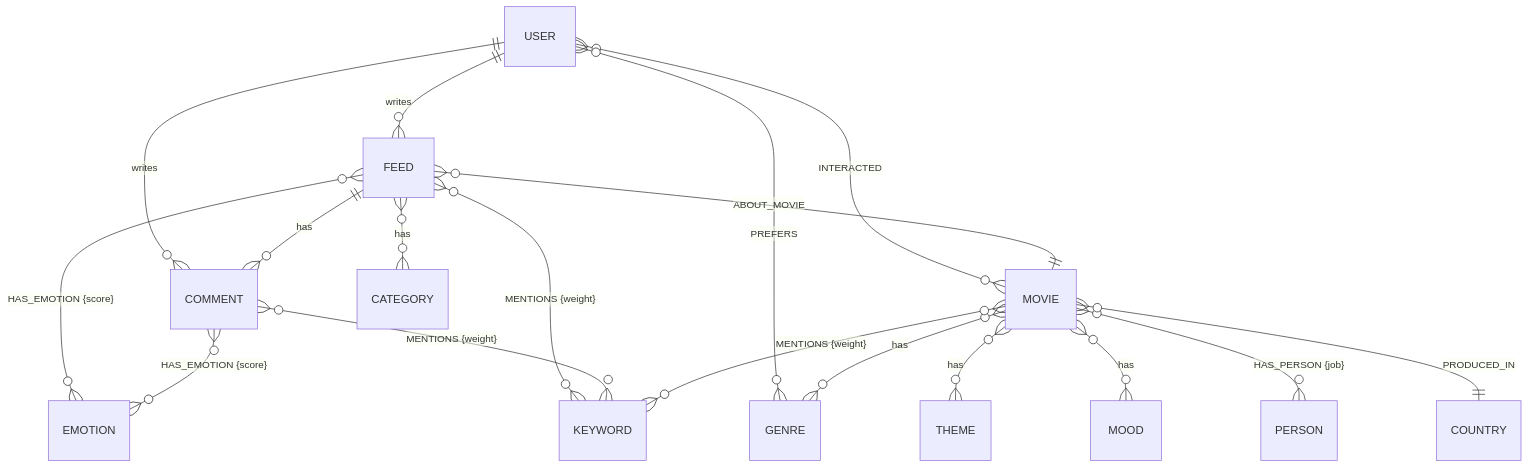
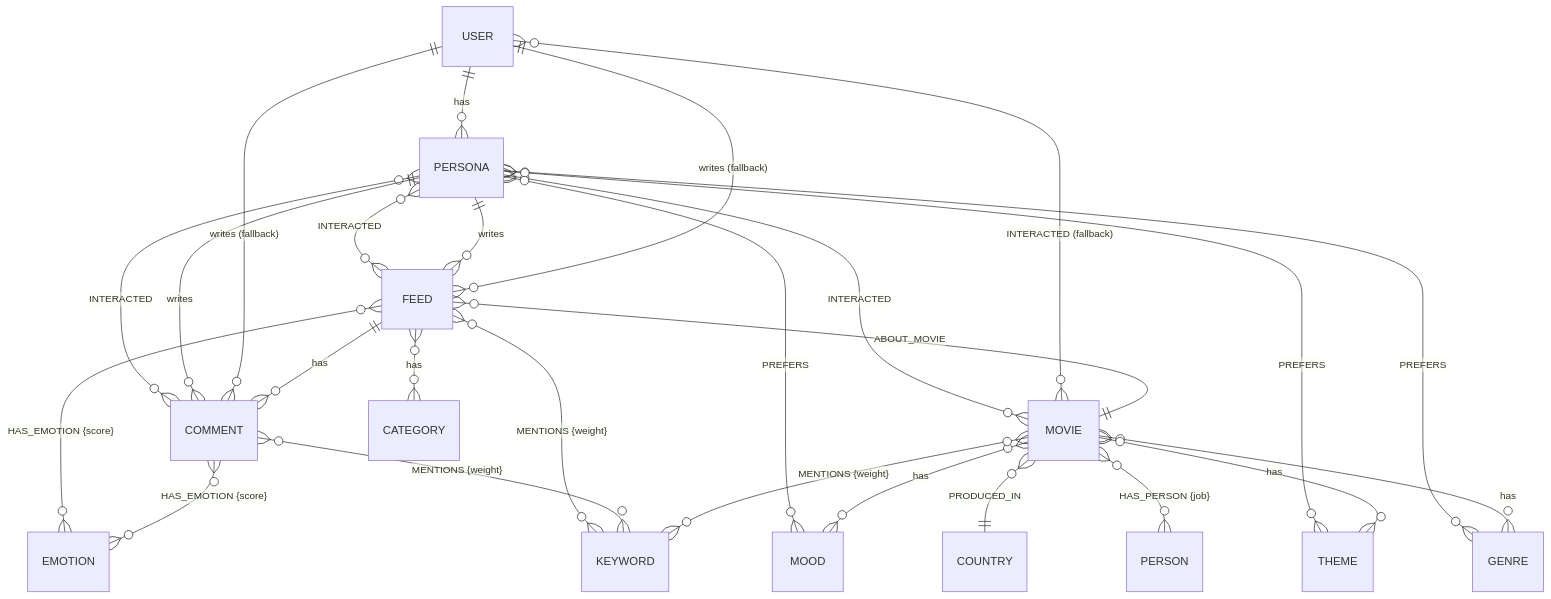
One commit to kakao4-KAKAMU/KAKAMU_DE changed the third of 3 diagrams in docs/neo4j_schema.md. Above: the diagram before and after it, drawn with Mermaid. The commit also changed other lines of this file and 9 other files, not shown here.

````diff
--- a/docs/neo4j_schema.md
+++ b/docs/neo4j_schema.md
@@ -147,20 +174,28 @@
 ```mermaid
 erDiagram
-    USER ||--o{ FEED         : writes
-    USER ||--o{ COMMENT      : writes
-    USER }o--o{ MOVIE        : "INTERACTED"
-    USER }o--o{ GENRE        : "PREFERS"
+    USER ||--o{ PERSONA       : has
+    PERSONA }o--o{ MOVIE       : "INTERACTED"
+    PERSONA }o--o{ FEED        : "INTERACTED"
+    PERSONA }o--o{ COMMENT     : "INTERACTED"
+    PERSONA }o--o{ GENRE       : "PREFERS"
+    PERSONA }o--o{ THEME       : "PREFERS"
+    PERSONA }o--o{ MOOD        : "PREFERS"
+    PERSONA ||--o{ FEED        : writes
+    PERSONA ||--o{ COMMENT     : writes
+    USER ||--o{ FEED         : "writes (fallback)"
+    USER ||--o{ COMMENT      : "writes (fallback)"
+    USER }o--o{ MOVIE        : "INTERACTED (fallback)"
     FEED ||--o{ COMMENT      : has
     FEED }o--|| MOVIE        : "ABOUT_MOVIE"
     FEED }o--o{ CATEGORY     : has
     FEED }o--o{ EMOTION      : "HAS_EMOTION {score}"
     FEED }o--o{ KEYWORD      : "MENTIONS {weight}"
     COMMENT }o--o{ EMOTION   : "HAS_EMOTION {score}"
     COMMENT }o--o{ KEYWORD   : "MENTIONS {weight}"
     MOVIE }o--o{ GENRE       : has
     MOVIE }o--o{ THEME       : has
     MOVIE }o--o{ MOOD        : has
     MOVIE }o--o{ KEYWORD     : "MENTIONS {weight}"
     MOVIE }o--o{ PERSON      : "HAS_PERSON {job}"
     MOVIE }o--|| COUNTRY     : "PRODUCED_IN"
 ```
````
